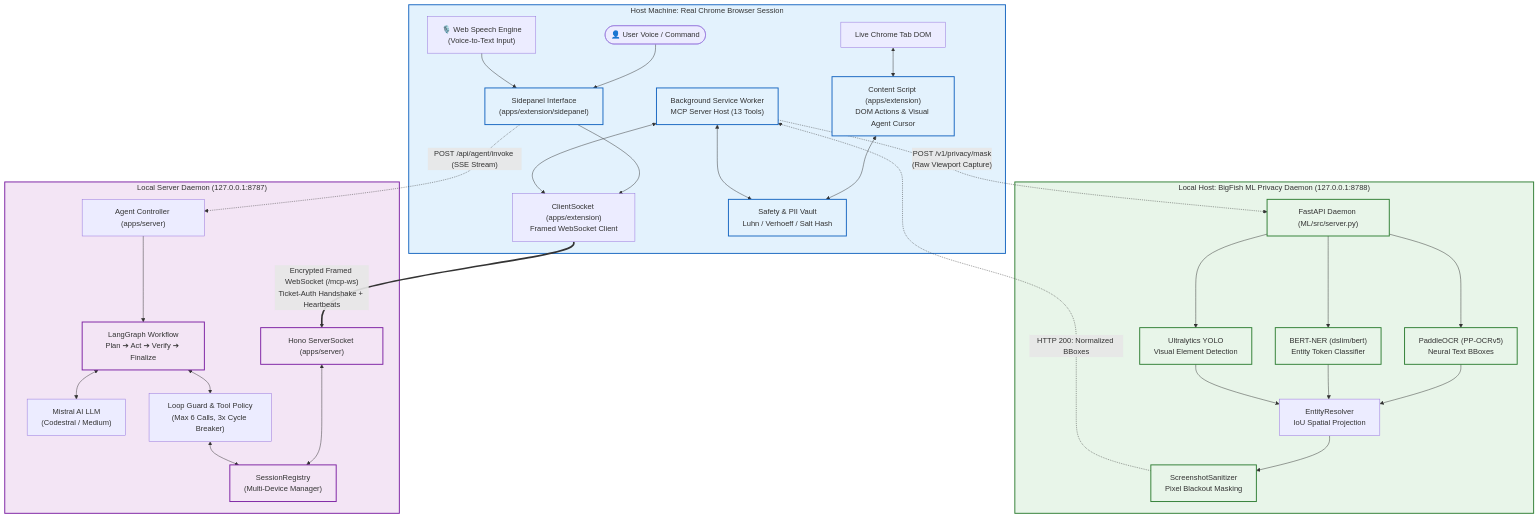
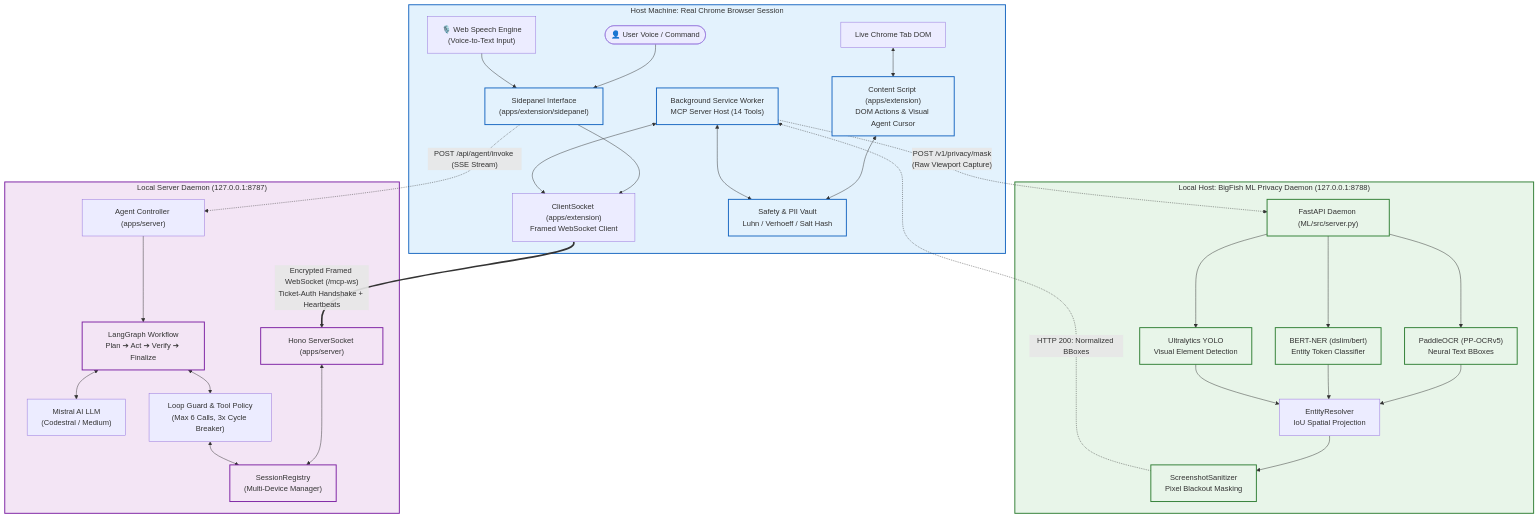
The diagram in README.md (Coder-Aryan09/BigFish), drawn with Mermaid before and after one commit. The commit also changed other lines of this file and 42 other files, not shown here.

````diff
--- a/README.md
+++ b/README.md
@@ -132,43 +132,43 @@
 ```mermaid
 flowchart TD
     subgraph Client["Host Machine: Real Chrome Browser Session"]
         User(["👤 User Voice / Command"]) --> UI["Sidepanel Interface<br/>(apps/extension/sidepanel)"]
         Voice["🎙️ Web Speech Engine<br/>(Voice-to-Text Input)"] --> UI
         UI --> ClientWS["ClientSocket (apps/extension)<br/>Framed WebSocket Client"]
         
         DOM["Live Chrome Tab DOM"] <--> ContentScript["Content Script (apps/extension)<br/>DOM Actions & Visual Agent Cursor"]
         ContentScript <--> SafetyEngine["Safety & PII Vault<br/>Luhn / Verhoeff / Salt Hash"]
         
-        BackgroundWorker["Background Service Worker<br/>MCP Server Host (13 Tools)"] <--> SafetyEngine
+        BackgroundWorker["Background Service Worker<br/>MCP Server Host (14 Tools)"] <--> SafetyEngine
         BackgroundWorker <--> ClientWS
     end
 
     subgraph ML_Daemon["Local Host: BigFish ML Privacy Daemon (127.0.0.1:8788)"]
         BackgroundWorker -. "POST /v1/privacy/mask<br/>(Raw Viewport Capture)" .-> MLServer["FastAPI Daemon (ML/src/server.py)"]
         MLServer --> OCR["PaddleOCR (PP-OCRv5)<br/>Neural Text BBoxes"]
         MLServer --> NER["BERT-NER (dslim/bert)<br/>Entity Token Classifier"]
         MLServer --> YOLO["Ultralytics YOLO<br/>Visual Element Detection"]
         OCR & NER & YOLO --> Resolver["EntityResolver<br/>IoU Spatial Projection"]
         Resolver --> Sanitizer["ScreenshotSanitizer<br/>Pixel Blackout Masking"]
         Sanitizer -. "HTTP 200: Normalized BBoxes" .-> BackgroundWorker
     end
 
     subgraph Server["Local Server Daemon (127.0.0.1:8787)"]
         ClientWS == "Encrypted Framed WebSocket (/mcp-ws)<br/>Ticket-Auth Handshake + Heartbeats" ==> ServerWS["Hono ServerSocket (apps/server)"]
         ServerWS <--> Registry["SessionRegistry<br/>(Multi-Device Manager)"]
         
         UI -. "POST /api/agent/invoke (SSE Stream)" .-> AgentController["Agent Controller (apps/server)"]
         AgentController --> LangGraph["LangGraph Workflow<br/>Plan ➔ Act ➔ Verify ➔ Finalize"]
         
         LangGraph <--> Mistral["Mistral AI LLM<br/>(Codestral / Medium)"]
         LangGraph <--> ToolPolicy["Loop Guard & Tool Policy<br/>(Max 6 Calls, 3x Cycle Breaker)"]
         ToolPolicy <--> Registry
     end
 
     classDef client fill:#e3f2fd,stroke:#1565c0,stroke-width:2px;
     classDef server fill:#f3e5f5,stroke:#7b1fa2,stroke-width:2px;
     classDef ml fill:#e8f5e9,stroke:#2e7d32,stroke-width:2px;
     class Client,UI,ContentScript,BackgroundWorker,SafetyEngine client;
     class Server,ServerWS,LangGraph,Registry server;
     class ML_Daemon,MLServer,OCR,NER,YOLO,Sanitizer ml;
 ```
````
